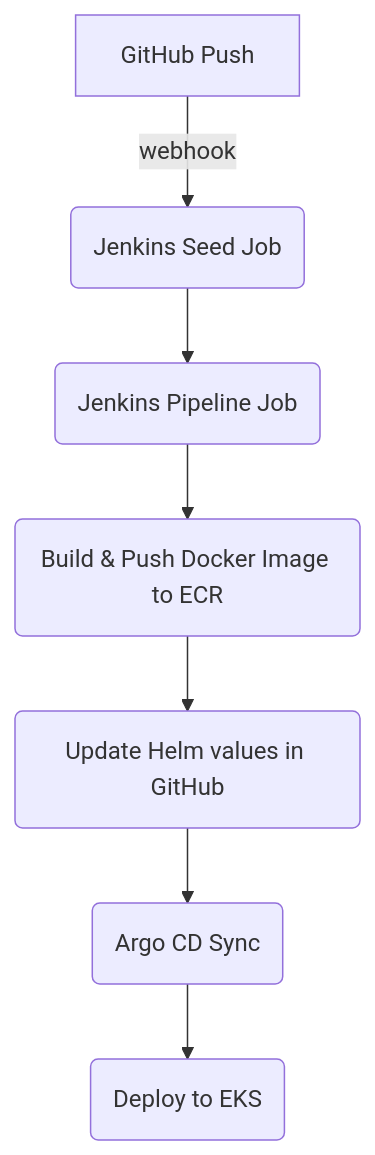
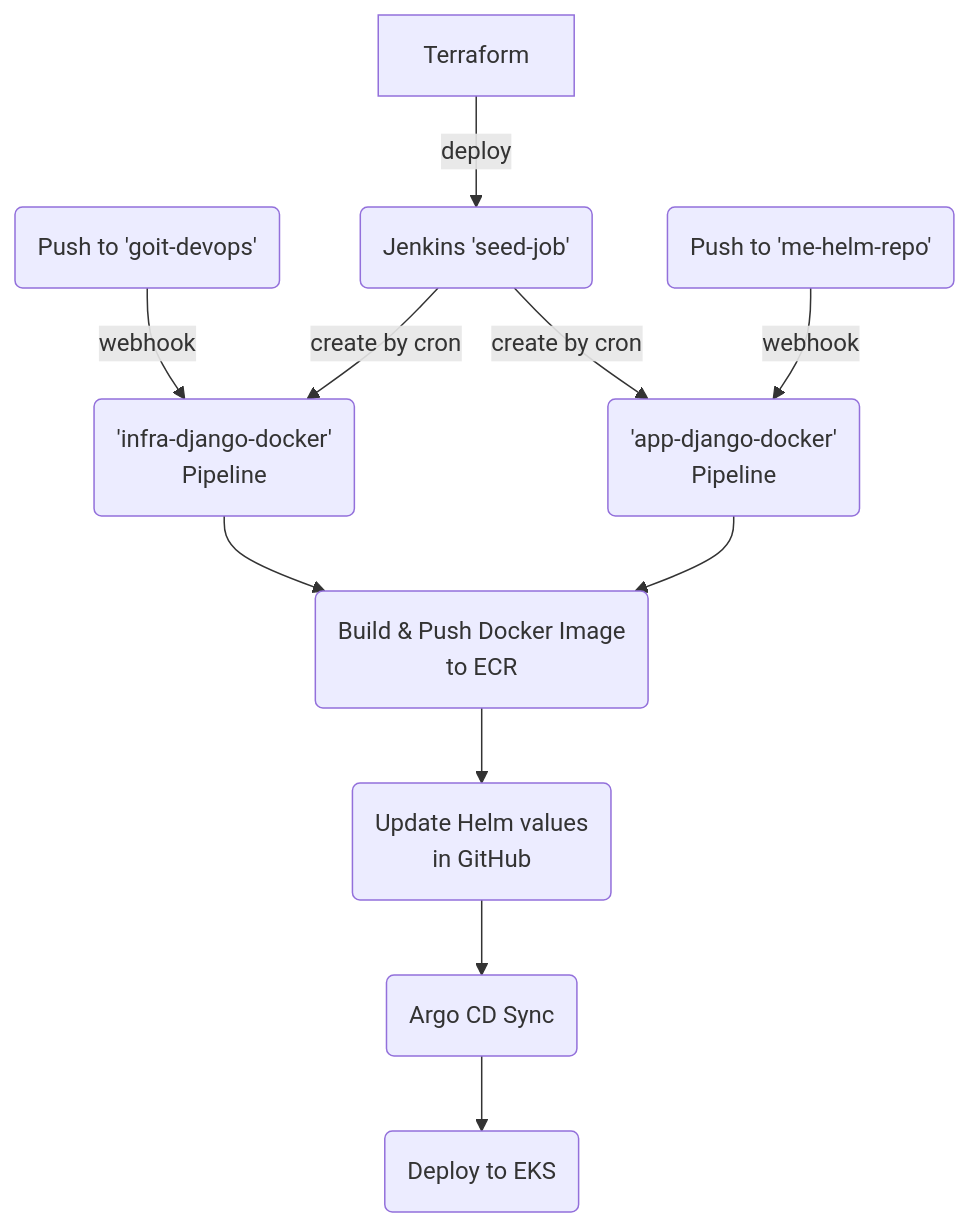
One commit to ArturMykhailiuk/goit-devops changed the diagram in README.md. Above: the diagram before and after it, drawn with Mermaid. The commit also changed other lines of this file, not shown here.

Commit message:
Revise CI/CD schema in README.md

````diff
--- a/README.md
+++ b/README.md
@@ -70,9 +18,14 @@
 ```mermaid
 graph TD
-  A[GitHub Push] -->|webhook| B(Jenkins Seed Job)
-  B --> C(Jenkins Pipeline Job)
-  C --> D(Build & Push Docker Image to ECR)
-  D --> E(Update Helm values in GitHub)
+  X(Push to 'goit-devops') --> |webhook|C1  
+
+  A[Terraform] -->|deploy| B(Jenkins 'seed-job')
+  Y(Push to 'me-helm-repo') --> |webhook|C2  
+  B --> |create by cron| C1('infra-django-docker'<br> Pipeline)
+  B --> |create by cron| C2('app-django-docker'<br> Pipeline)    
+  C1 --> D(Build & Push Docker Image <br>to ECR      )
+  C2 --> D(Build & Push Docker Image <br>to ECR      )
+  D --> E(Update Helm values<br> in GitHub)
   E --> F(Argo CD Sync)
   F --> G(Deploy to EKS)
 ```
````
